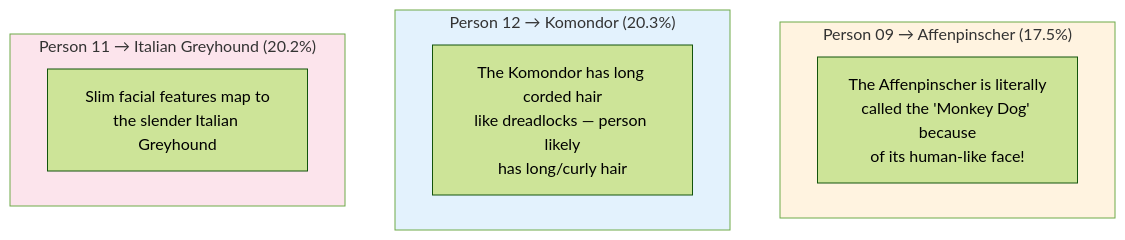
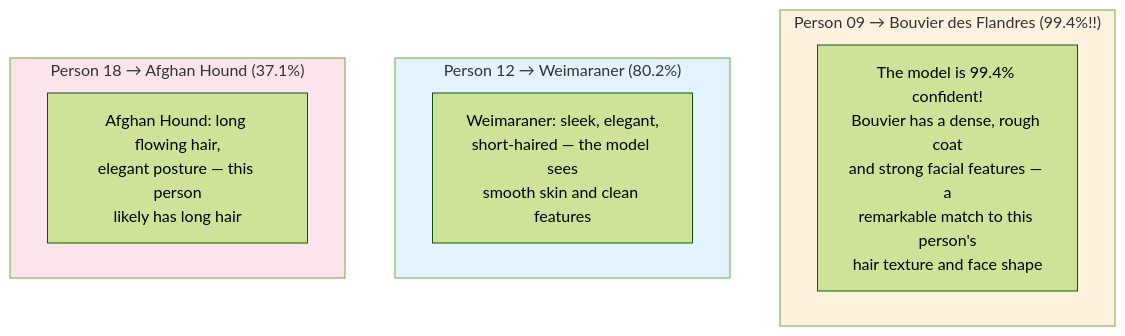
Before and after one commit to hadarwayn/L41-Which-dog-are-you-: diagram 26 of 31 in README.md, drawn with Mermaid (forest theme). The commit also changed other lines of this file, not shown here.

````diff
--- a/README.md
+++ b/README.md
@@ -655,18 +663,18 @@
 ```mermaid
 flowchart TD
-    subgraph Match1["Person 09 → Affenpinscher (17.5%)"]
-        M1A["The Affenpinscher is literally<br/>called the 'Monkey Dog' because<br/>of its human-like face!"]
+    subgraph Match1["Person 09 → Bouvier des Flandres (99.4%!!)"]
+        M1A["The model is 99.4% confident!<br/>Bouvier has a dense, rough coat<br/>and strong facial features — a<br/>remarkable match to this person's<br/>hair texture and face shape"]
     end
 
-    subgraph Match2["Person 12 → Komondor (20.3%)"]
-        M2A["The Komondor has long corded hair<br/>like dreadlocks — person likely<br/>has long/curly hair"]
+    subgraph Match2["Person 12 → Weimaraner (80.2%)"]
+        M2A["Weimaraner: sleek, elegant,<br/>short-haired — the model sees<br/>smooth skin and clean features"]
     end
 
-    subgraph Match3["Person 11 → Italian Greyhound (20.2%)"]
-        M3A["Slim facial features map to<br/>the slender Italian Greyhound"]
+    subgraph Match3["Person 18 → Afghan Hound (37.1%)"]
+        M3A["Afghan Hound: long flowing hair,<br/>elegant posture — this person<br/>likely has long hair"]
     end
 
     style Match1 fill:#fff3e0
     style Match2 fill:#e3f2fd
     style Match3 fill:#fce4ec
 ```
````
